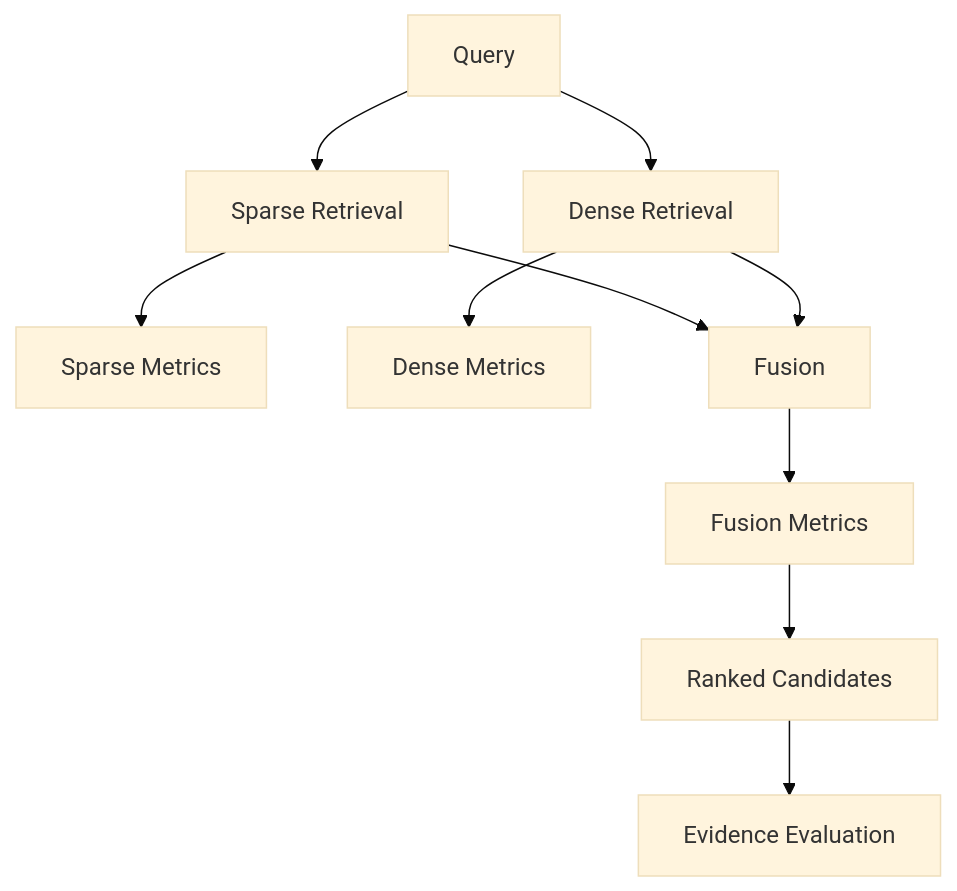
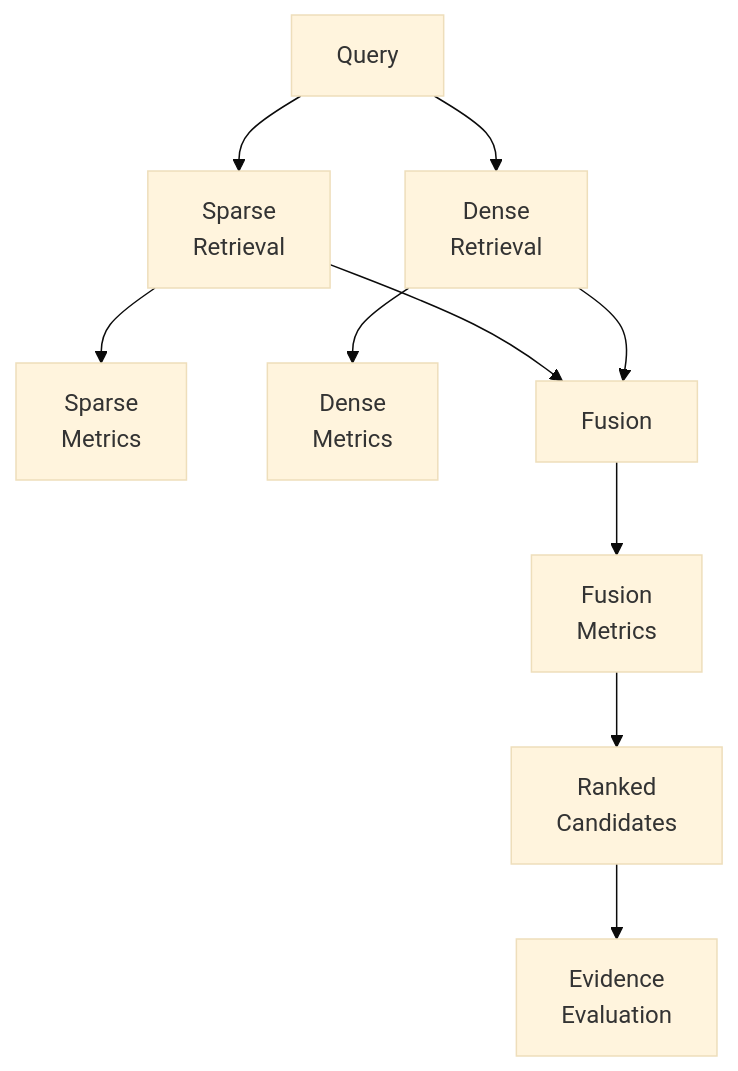
One commit to MihirKJha/enterprise-ai-blog changed diagram 13 of 14 in docs/architecture-insights/genai-and-rag/3.4_engineering_hybrid_retrieval_sparse_dense.md. Above: the diagram before and after it, drawn with Mermaid (base theme). The commit also changed other lines of this file, not shown here.

First line of the commit message:
Updated 3.5_architecting_multi_stage_retrieval_from_recall_to_precision.md

````diff
--- a/docs/architecture-insights/genai-and-rag/3.4_engineering_hybrid_retrieval_sparse_dense.md
+++ b/docs/architecture-insights/genai-and-rag/3.4_engineering_hybrid_retrieval_sparse_dense.md
@@ -498,12 +498,12 @@
 ```mermaid
 graph TD
-    Q[Query] --> S[Sparse Retrieval]
-    Q --> D[Dense Retrieval]
-    S --> MS[Sparse Metrics]
-    D --> MD[Dense Metrics]
+    Q[Query] --> S[Sparse<br/>Retrieval]
+    Q --> D[Dense<br/>Retrieval]
+    S --> MS[Sparse<br/>Metrics]
+    D --> MD[Dense<br/>Metrics]
     S --> F[Fusion]
     D --> F
-    F --> MF[Fusion Metrics]
-    MF --> R[Ranked Candidates]
-    R --> E[Evidence Evaluation]
+    F --> MF[Fusion<br/>Metrics]
+    MF --> R[Ranked<br/>Candidates]
+    R --> E[Evidence<br/>Evaluation]
 ```
````
